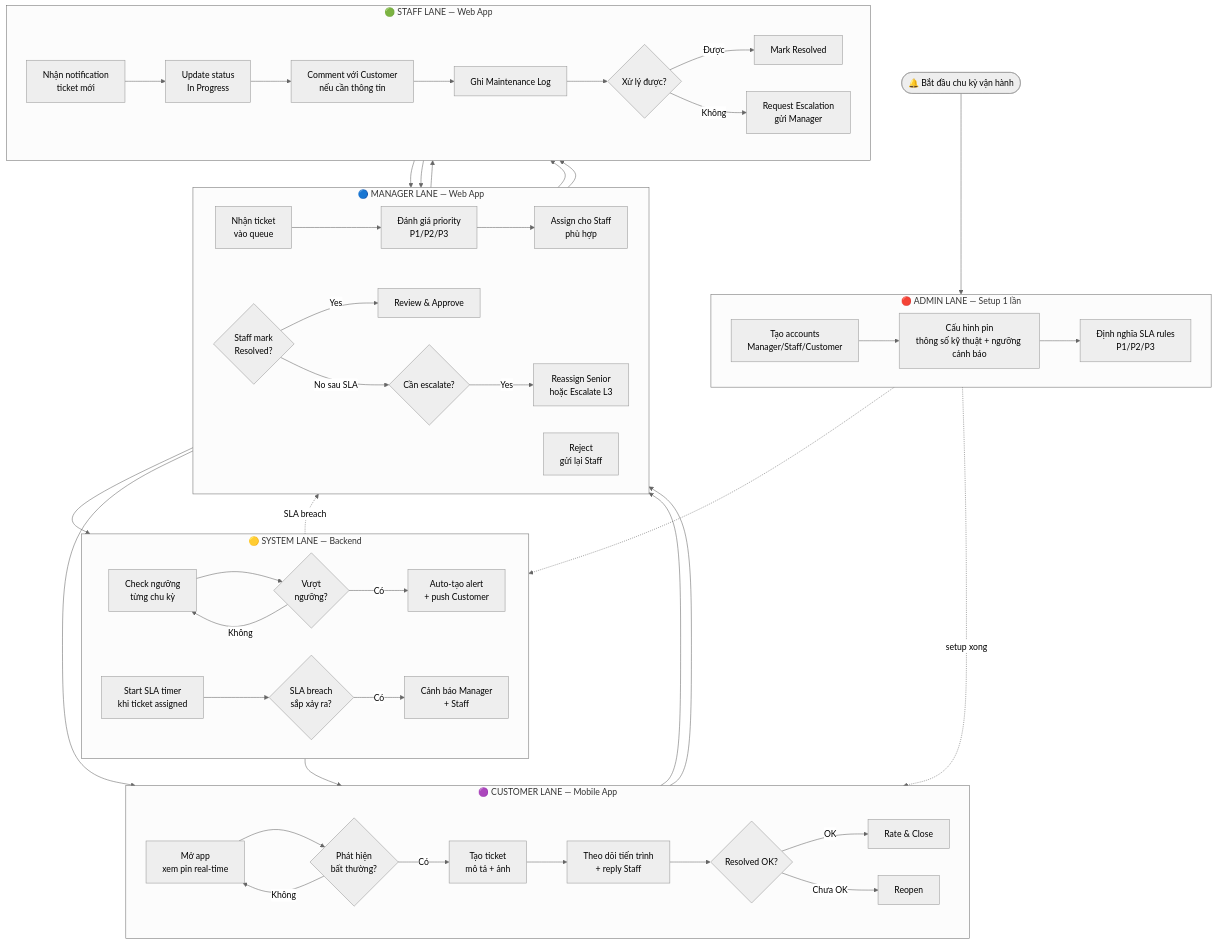
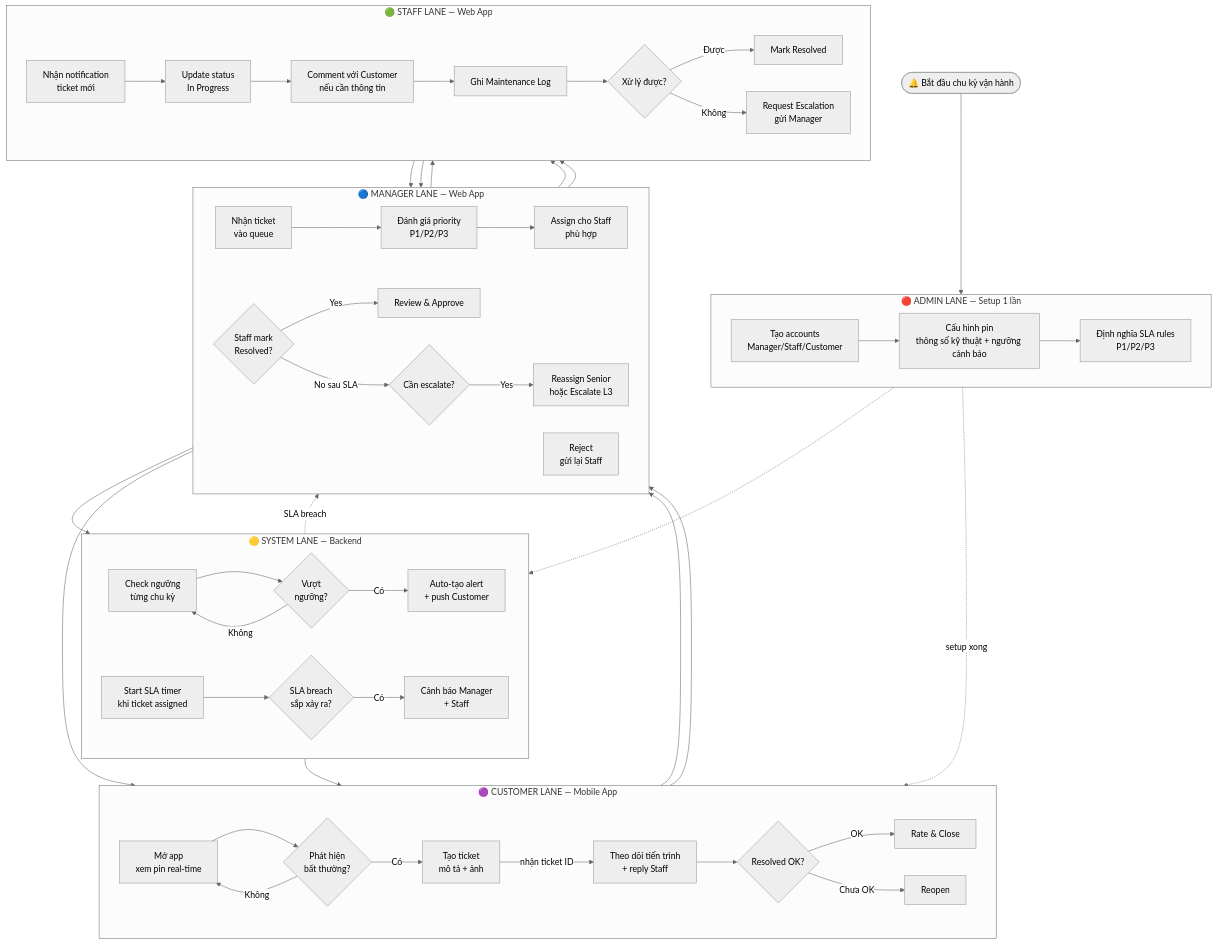
Before and after one commit to GSU26SE55/ai-module: the first of 8 diagrams in .claude/docs/core-business-flow.md, drawn with Mermaid (neutral theme). The commit also changed other lines of this file and 1 other file, not shown here.

```diff
--- a/.claude/docs/core-business-flow.md
+++ b/.claude/docs/core-business-flow.md
@@ -113,7 +113,7 @@
     A3 -.setup xong.-> C1
     A3 -.-> S1
     C3 --> M1
-    C3 --> C4
+    C3 -->|nhận ticket ID| C4
     S3 --> C2
     S6 -.SLA breach.-> M7
     M3 --> T1
```
